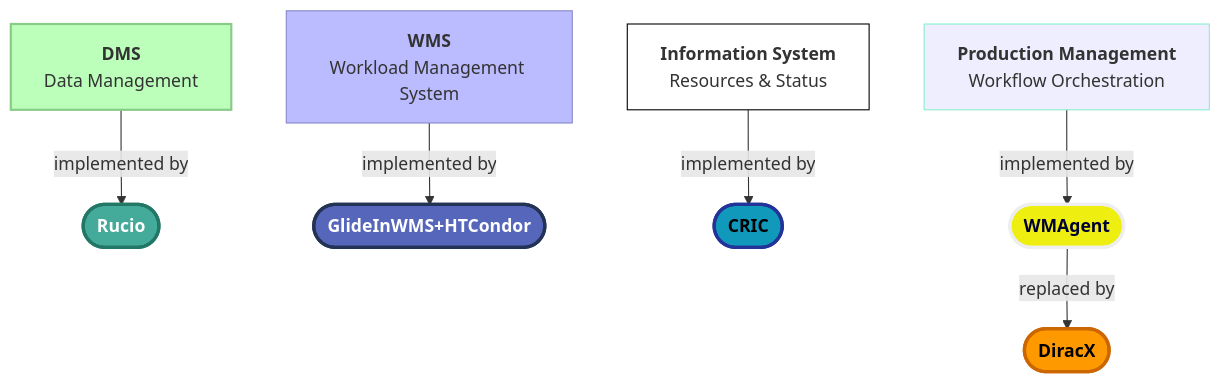
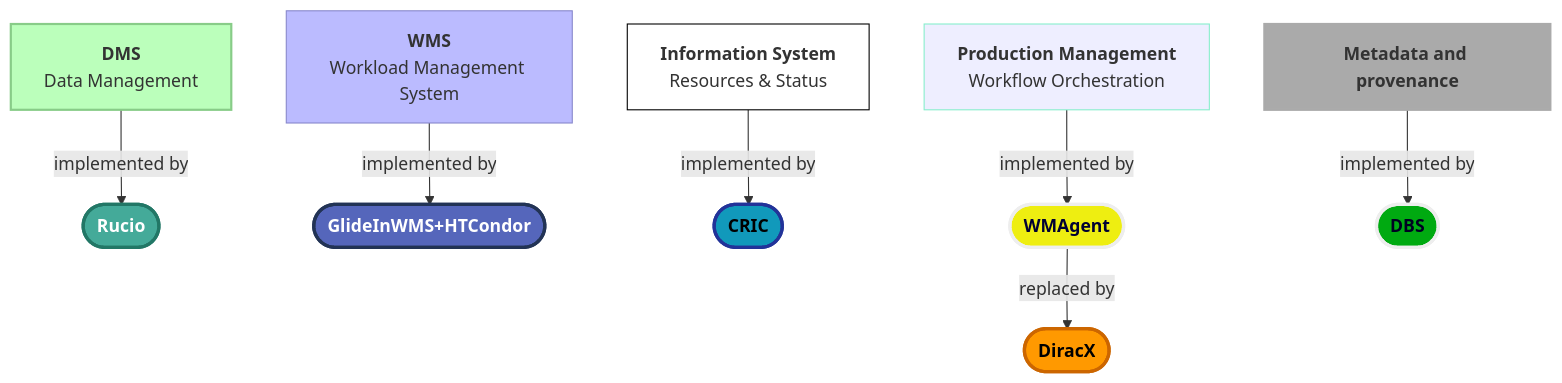
One commit to fstagni/2026_Rucio_Workshop changed the sixth of 7 diagrams in slides.md. Above: the diagram before and after it, drawn with Mermaid. The commit also changed other lines of this file and 5 other files, not shown here.

````diff
--- a/slides.md
+++ b/slides.md
@@ -222,34 +292,41 @@
 ```mermaid
 %%{init: { 'theme': 'default' }}%%
 flowchart TD
     WMS["`**WMS**
     Workload Management System`"]
     DMS["`**DMS**
     Data Management`"]
     PROD["`**Production Management**
     Workflow Orchestration`"]
     IS["`**Information System**
     Resources & Status`"]
+    MD["`**Metadata and provenance**`"]
 
     style WMS fill:#bbf,stroke:#88c
     style DMS fill:#bfb,stroke:#8c8,stroke-width:2px
     style PROD fill:#eef,stroke:#8ec
     style IS fill:#fff,stroke:#000
+    style MD fill:#aaa,stroke:#aaa,stroke-width:2px
 
-    DIRAC(["`**DiracX**`"])
     RUCIO(["`**Rucio**`"])
     GLIDE(["`**GlideInWMS+HTCondor**`"])
     CRIC(["`**CRIC**`"])
     WM(["`**WMAgent**`"])
+    DBS(["`**DBS**`"])
+    DIRAC(["`**DiracX**`"])
 
-    style DIRAC fill:#f90,color:#000,stroke:#c60,stroke-width:3px
+
     style RUCIO fill:#4a9,color:#fff,stroke:#276,stroke-width:3px
     style GLIDE fill:#56b,color:#fff,stroke:#235,stroke-width:3px
     style CRIC fill:#19b,color:#000,stroke:#239,stroke-width:3px
     style WM fill:#ee1,color:#003,stroke:#eee,stroke-width:3px
+    style MD fill:#aaa,stroke:#aaa,stroke-width:2px
+    style DBS fill:#0a1,color:#002,stroke:#eee,stroke-width:3px
+    style DIRAC fill:#f90,color:#000,stroke:#c60,stroke-width:3px
 
     WMS -->|implemented by| GLIDE
     DMS -->|implemented by| RUCIO
+    MD -->|implemented by| DBS
     PROD -->|implemented by| WM -->|replaced by| DIRAC
     IS -->|implemented by| CRIC
 ```
````
